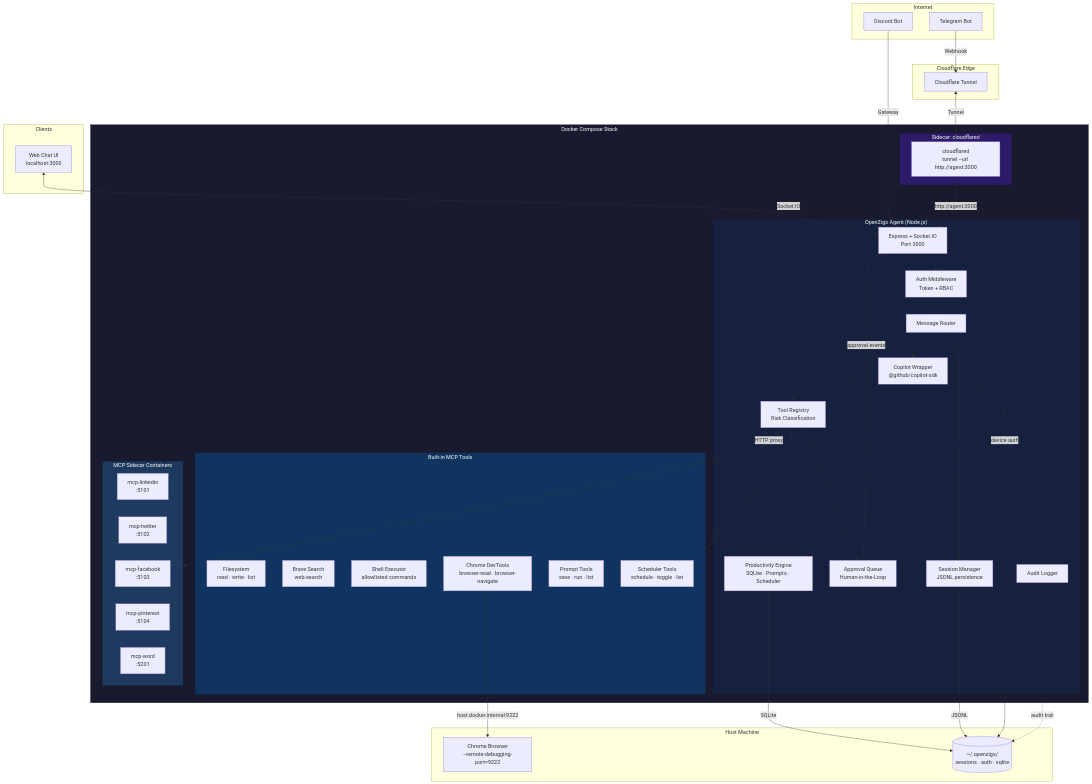
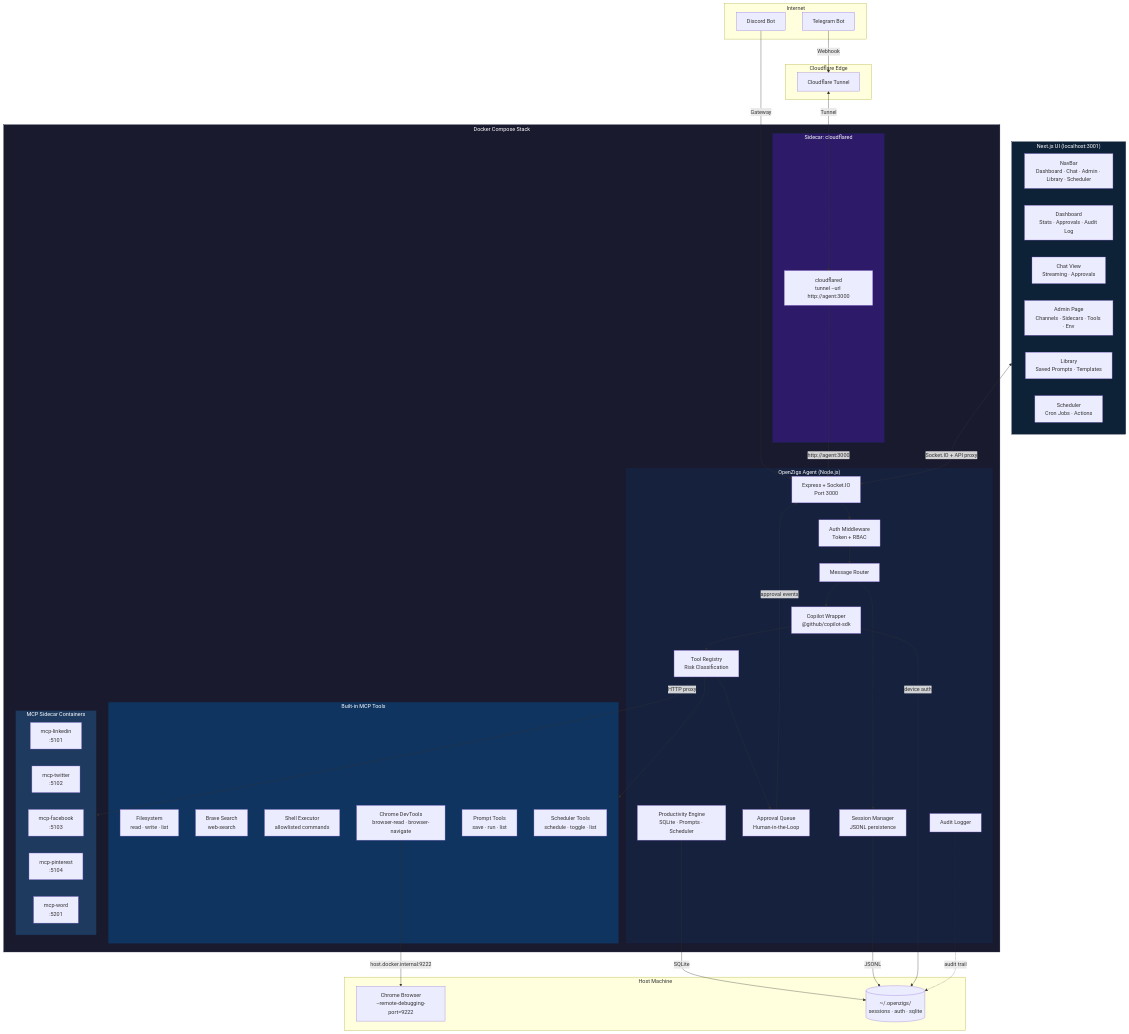
The first of 5 diagrams in docs/ARCHITECTURE.md (openzigs/openzigs), drawn with Mermaid before and after one commit. The commit also changed other lines of this file and 30 other files, not shown here.

````diff
--- a/docs/ARCHITECTURE.md
+++ b/docs/ARCHITECTURE.md
@@ -66,11 +66,16 @@
         Data[(~/.openzigs/<br/>sessions · auth · sqlite)]
     end
 
-    subgraph Clients["Clients"]
-        WEB[Web Chat UI<br/>localhost:3000]
+    subgraph NextJS["Next.js UI (localhost:3001)"]
+        NAV[NavBar<br/>Dashboard · Chat · Admin · Library · Scheduler]
+        DASH[Dashboard<br/>Stats · Approvals · Audit Log]
+        CHAT[Chat View<br/>Streaming · Approvals]
+        ADMIN[Admin Page<br/>Channels · Sidecars · Tools · Env]
+        LIB[Library<br/>Saved Prompts · Templates]
+        SCHED[Scheduler<br/>Cron Jobs · Actions]
     end
 
-    WEB <-->|Socket.IO| EX
+    NextJS <-->|Socket.IO + API proxy| EX
     TG -->|Webhook| CF
     DC -->|Gateway| EX
     CF <-->|Tunnel| CFD
@@ -98,4 +103,5 @@
     style MCPSidecars fill:#1e3a5f,stroke:#16213e,color:#fff
     style Server fill:#16213e,stroke:#1a1a2e,color:#fff
     style Tunnel fill:#2d1b69,stroke:#16213e,color:#fff
+    style NextJS fill:#0d2137,stroke:#16213e,color:#fff
 ```
````
